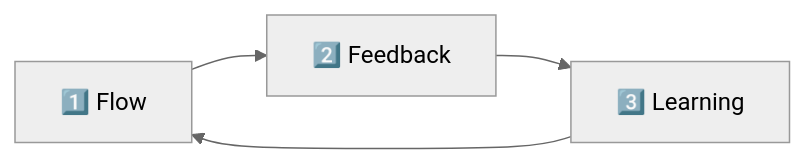
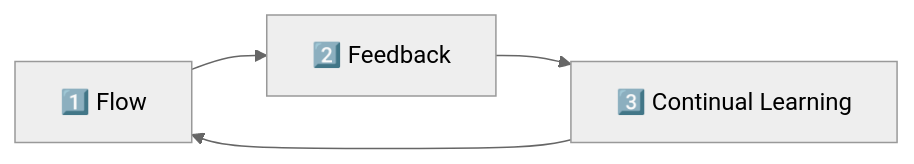
Before and after one commit to inno-devops-labs/DevOps-Core-Course: the sixth of 14 diagrams in lectures/lec1.md, drawn with Mermaid (neutral theme). The commit also changed other lines of this file and 24 other files, not shown here.

````diff
--- a/lectures/lec1.md
+++ b/lectures/lec1.md
@@ -212,6 +199,6 @@
 ```mermaid
 flowchart LR
   W1[1️⃣ Flow] --> W2[2️⃣ Feedback]
-  W2 --> W3[3️⃣ Learning]
+  W2 --> W3[3️⃣ Continual Learning]
   W3 --> W1
 ```
````
